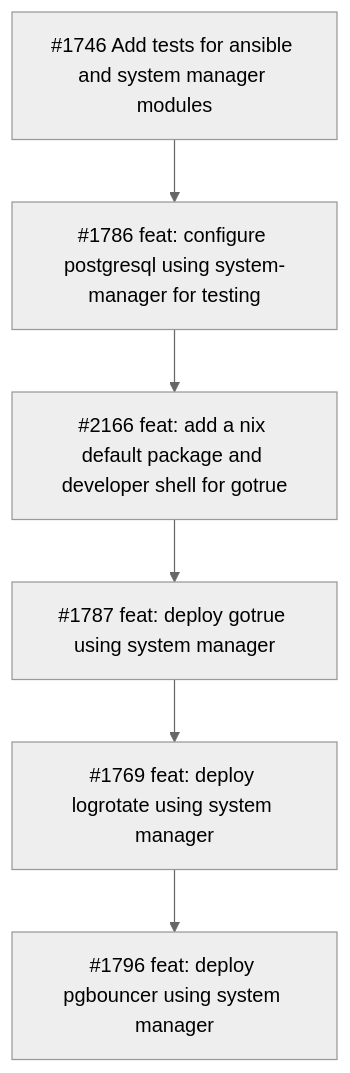
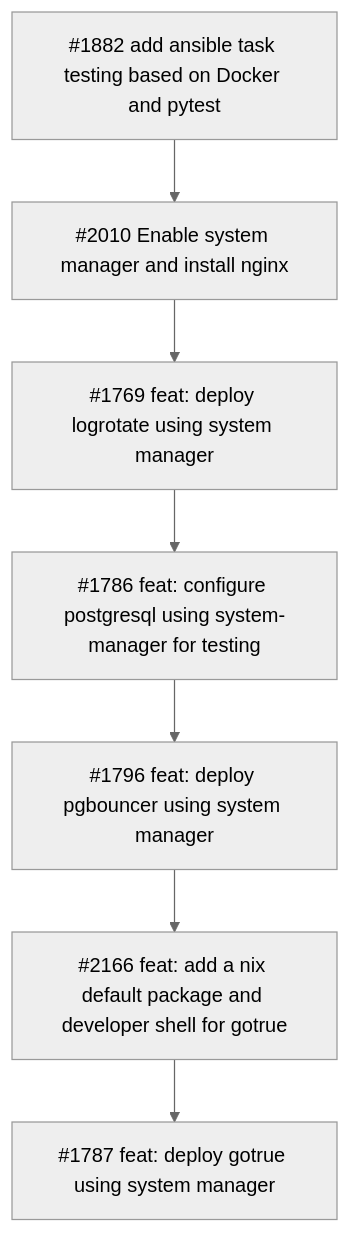
The third of 3 diagrams in nix/docs/ROADMAP.md (supabase/postgres), drawn with Mermaid (neutral theme) before and after one commit. The commit also changed other lines of this file, not shown here.

Commit message:
Update roadmap with closed PR

````diff
--- a/nix/docs/ROADMAP.md
+++ b/nix/docs/ROADMAP.md
@@ -114,20 +83,22 @@
 ```mermaid
 graph TD
     %% system-manager
 
-    1746[#1746 Add tests for ansible and system manager modules]
+    1882[#1882 add ansible task testing based on Docker and pytest]
+    2010[#2010 Enable system manager and install nginx]
     1786[#1786 feat: configure postgresql using system-manager for testing]
     1787[#1787 feat: deploy gotrue using system manager]
     2166[#2166 feat: add a nix default package and developer shell for gotrue]
     1769[#1769 feat: deploy logrotate using system manager]
     1796[#1796 feat: deploy pgbouncer using system manager]
 
-    click 1746 "https://github.com/supabase/postgres/pull/1746" "Open PR #1746"
     click 1786 "https://github.com/supabase/postgres/pull/1786" "Open PR #1786"
     click 1787 "https://github.com/supabase/postgres/pull/1787" "Open PR #1787"
+    click 1882 "https://github.com/supabase/postgres/pull/1882" "Open PR #1882"
     click 2166 "https://github.com/supabase/auth/pull/2166" "Open PR #2166"
     click 1769 "https://github.com/supabase/postgres/pull/1769" "Open PR #1769"
     click 1796 "https://github.com/supabase/postgres/pull/1796" "Open PR #1796"
+    click 2010 "https://github.com/supabase/postgres/pull/2010" "Open PR #2010"
 
-    1746 --> 1786 --> 2166 --> 1787 --> 1769 --> 1796
+    1882 --> 2010 --> 1769 --> 1786 --> 1796 --> 2166 --> 1787
 ```
````
